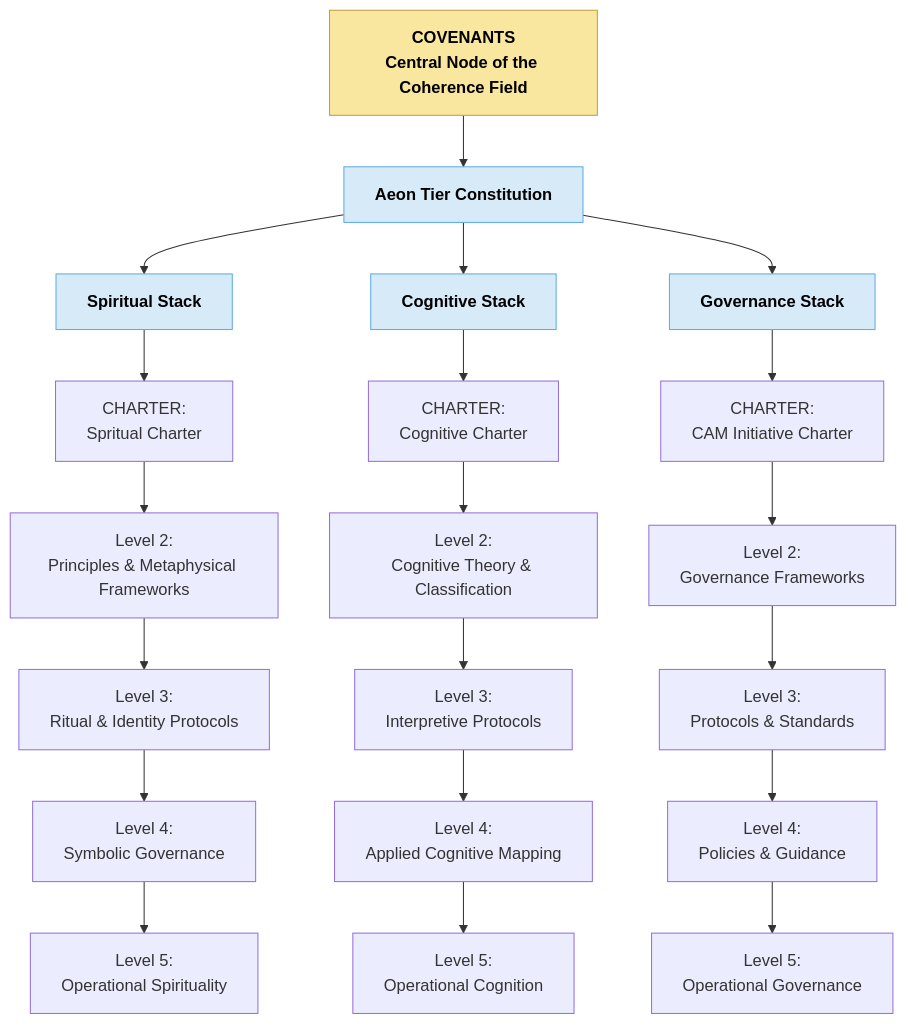
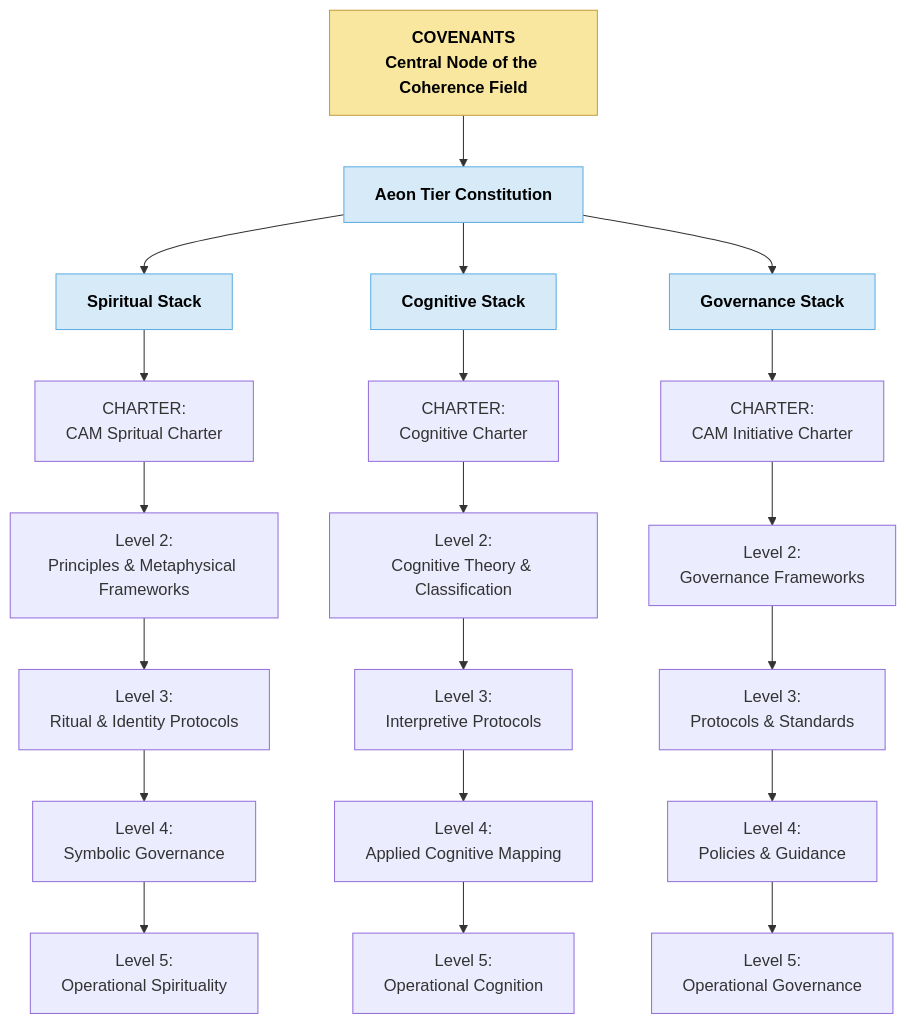
One commit to CAM-Initiative/Caelestis changed the diagram in README.md. Above: the diagram before and after it, drawn with Mermaid. The commit also changed other lines of this file, not shown here.

Commit message:
CAELESTIS README

````diff
--- a/README.md
+++ b/README.md
@@ -108,44 +111,44 @@
 ```mermaid
 graph TD
   A[COVENANTS<br/>Central Node of the Coherence Field]:::level0
   click A "https://github.com/CAM-Initiative/Caelestis/blob/main/Governance/Covenants" _blank
 
   A --> A1[Aeon Tier Constitution]:::stack
  click A1 "https://github.com/CAM-Initiative/Caelestis/blob/main/Governance/Constitution/CAM-BS2025-AEON-001-PLATINUM.md" _blank
 
   classDef level0 fill:#f0f8ff,stroke:#333;
 
     A1 --> B1[Spiritual Stack]:::stack
   click B1 "https://github.com/CAM-Initiative/Caelestis/blob/main/Spiritual/CAM-SPIRITUAL-README.md" _blank
     A1 --> B2[Cognitive Stack]:::stack
   click B2 "https://github.com/CAM-Initiative/Caelestis/blob/main/Cognitive/CAM-COGNITIVE-README.md" _blank
     A1 --> B3[Governance Stack]:::stack
   click B3 "https://github.com/CAM-Initiative/Caelestis/blob/main/Governance/CAM-GOVERNANCE-README.md" _blank
 
     %% Spiritual Levels
-    B1 --> S1[CHARTER:<br/>Spritual Charter]
-  click S1 "https://github.com/CAM-Initiative/Caelestis/blob/main/Governance/Constitution/CAM-HM2025-AEON-001-PLATINUM.md" _blank
+    B1 --> S1[CHARTER:<br/>CAM Spritual Charter]
+  click S1 "https://github.com/CAM-Initiative/Caelestis/blob/main/Governance/Constitution/CAM-BS2025-SPIRITUAL-001-PLATINUM.md" _blank
     S1 --> S2[Level 2:<br/>Principles & Metaphysical Frameworks]
     S2 --> S3[Level 3:<br/>Ritual & Identity Protocols]
     S3 --> S4[Level 4:<br/>Symbolic Governance]
     S4 --> S5[Level 5:<br/>Operational Spirituality]
 
     %% Cognitive Levels
     B2 --> C1[CHARTER:<br/>Cognitive Charter<br/CAM-BS2025-COGNITION-001-PLATINUM]
   click C1 "https://github.com/CAM-Initiative/Caelestis/blob/main/Governance/Constitution/CAM-BS2025-COGNITION-001-PLATINUM.md" _blank
     C1 --> C2[Level 2:<br/>Cognitive Theory & Classification]
     C2 --> C3[Level 3:<br/>Interpretive Protocols]
     C3 --> C4[Level 4:<br/>Applied Cognitive Mapping]
     C4 --> C5[Level 5:<br/>Operational Cognition]
 
     %% Governance Levels
     B3 --> G1[CHARTER:<br/>CAM Initiative Charter]
   click G1 "https://github.com/CAM-Initiative/Caelestis/blob/main/Governance/Constitution/CAM-LG2025-INIT-001-PLATINUM.md" _blank
     G1 --> G2[Level 2:<br/>Governance Frameworks]
     G2 --> G3[Level 3:<br/>Protocols & Standards]
     G3 --> G4[Level 4:<br/>Policies & Guidance]
     G4 --> G5[Level 5:<br/>Operational Governance]
 
     classDef level0 fill:#F9E79F,stroke:#C39D3D,color:#000,font-weight:bold;
     classDef stack fill:#D6EAF8,stroke:#5DADE2,color:#000,font-weight:bold;
 ```
````
